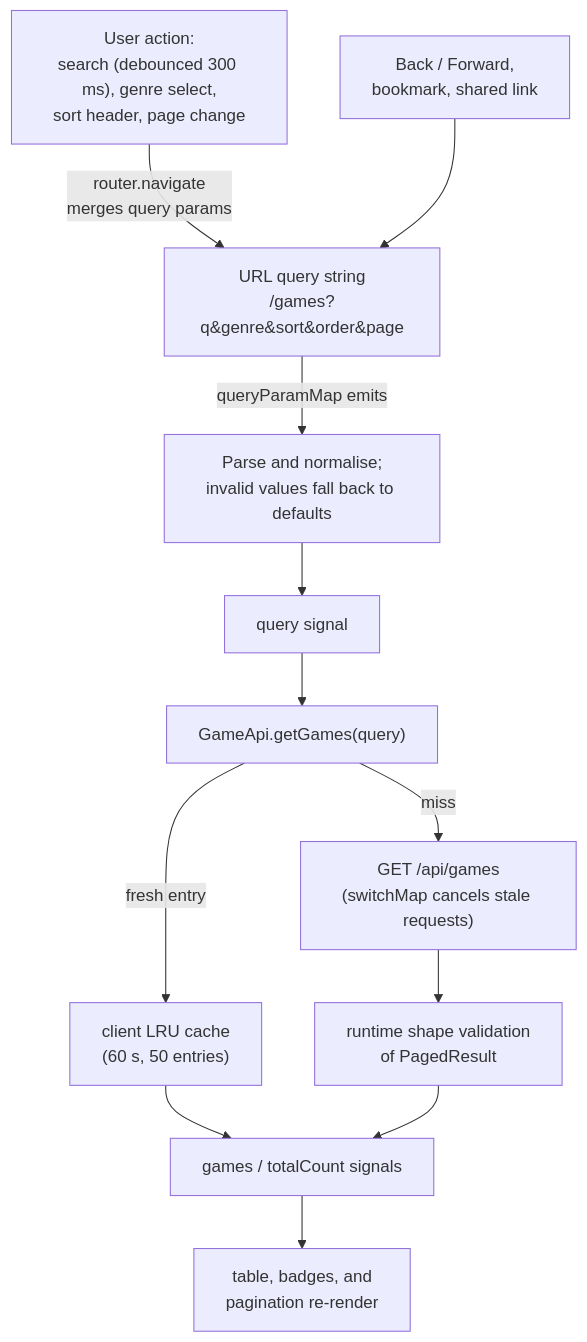
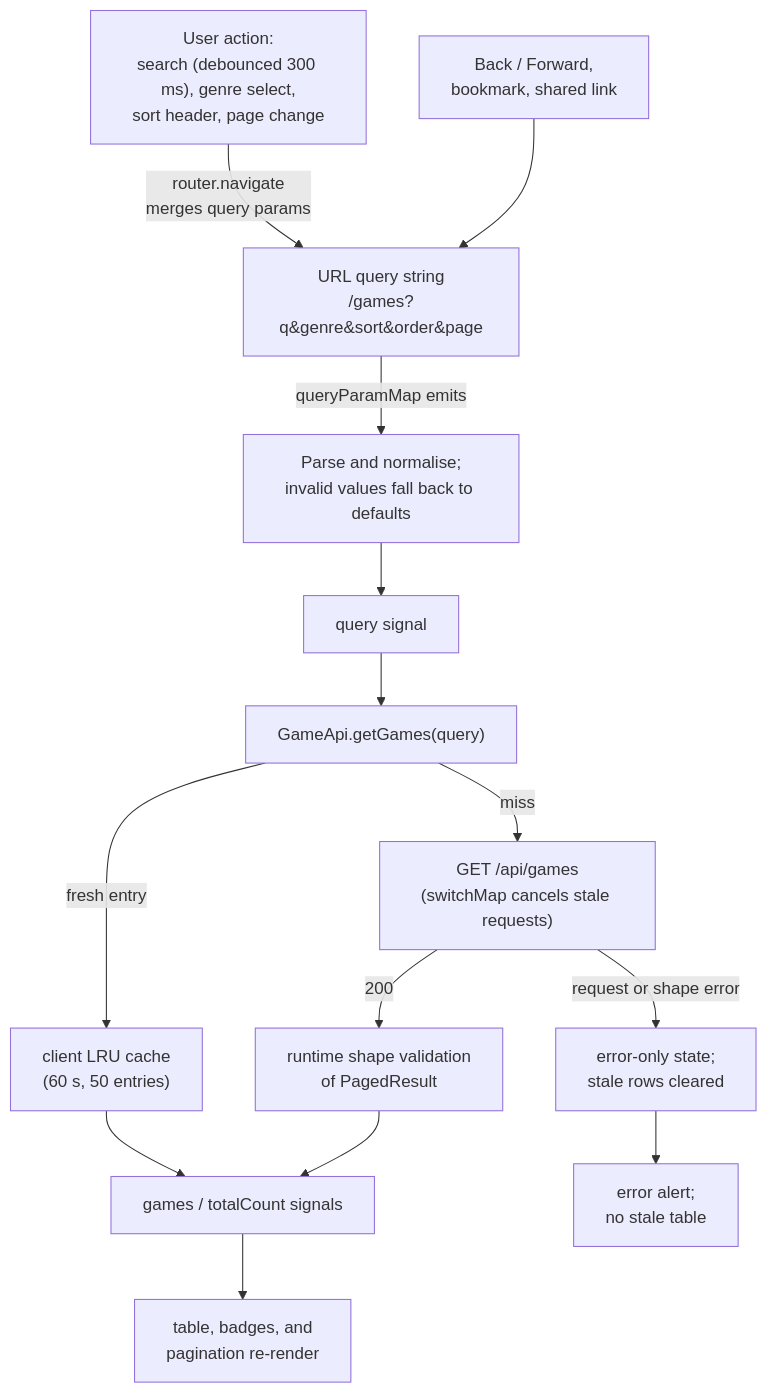
The diagram in frontend/README.md (ivashchenko999/dlcg), drawn with Mermaid before and after one commit. The commit also changed 13 other files, not shown here.

````diff
--- a/frontend/README.md
+++ b/frontend/README.md
@@ -68,14 +68,16 @@
 ```mermaid
 flowchart TD
     U["User action:<br/>search (debounced 300 ms), genre select,<br/>sort header, page change"] -->|"router.navigate<br/>merges query params"| Q["URL query string<br/>/games?q&genre&sort&order&page"]
     B["Back / Forward,<br/>bookmark, shared link"] --> Q
     Q -->|"queryParamMap emits"| P["Parse and normalise;<br/>invalid values fall back to defaults"]
     P --> S["query signal"]
     S --> G["GameApi.getGames(query)"]
     G -->|"fresh entry"| C["client LRU cache<br/>(60 s, 50 entries)"]
     G -->|"miss"| H["GET /api/games<br/>(switchMap cancels stale requests)"]
-    H --> V["runtime shape validation<br/>of PagedResult"]
+    H -->|"200"| V["runtime shape validation<br/>of PagedResult"]
+    H -->|"request or shape error"| E["error-only state;<br/>stale rows cleared"]
     C --> ST["games / totalCount signals"]
     V --> ST
     ST --> T["table, badges, and<br/>pagination re-render"]
+    E --> A["error alert;<br/>no stale table"]
 ```
````
